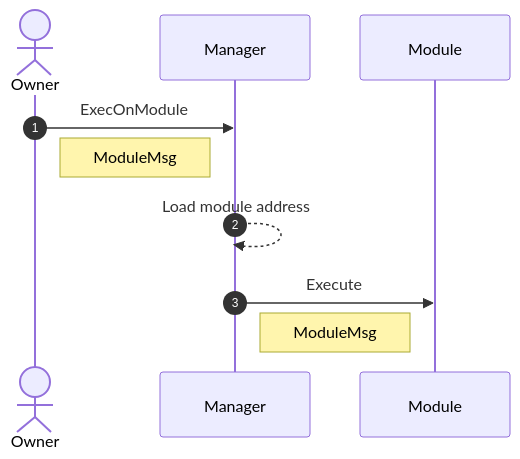
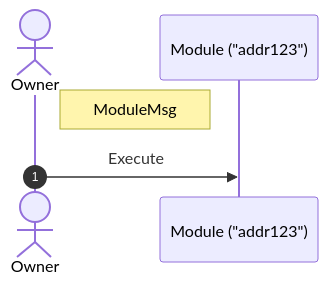
One commit to AbstractSDK/abstract changed the second of 4 diagrams in framework/docs/src/5_platform/5_module_factory.md. Above: the diagram before and after it, drawn with Mermaid. The commit also changed other lines of this file and 5 other files, not shown here.

Commit message:
update call diagrams

````diff
--- a/framework/docs/src/5_platform/5_module_factory.md
+++ b/framework/docs/src/5_platform/5_module_factory.md
@@ -46,14 +46,9 @@
 ```mermaid
 sequenceDiagram
     autonumber
     actor U as Owner
-    participant M as Manager
-    participant Md as Module
-
-    U ->> M: ExecOnModule
+    participant Md as Module ("addr123")
     Note right of U: ModuleMsg
 
-    M -->> M: Load module address
-    M ->> Md: Execute
-    Note right of M: ModuleMsg
+    U ->> Md: Execute
 ```
````
